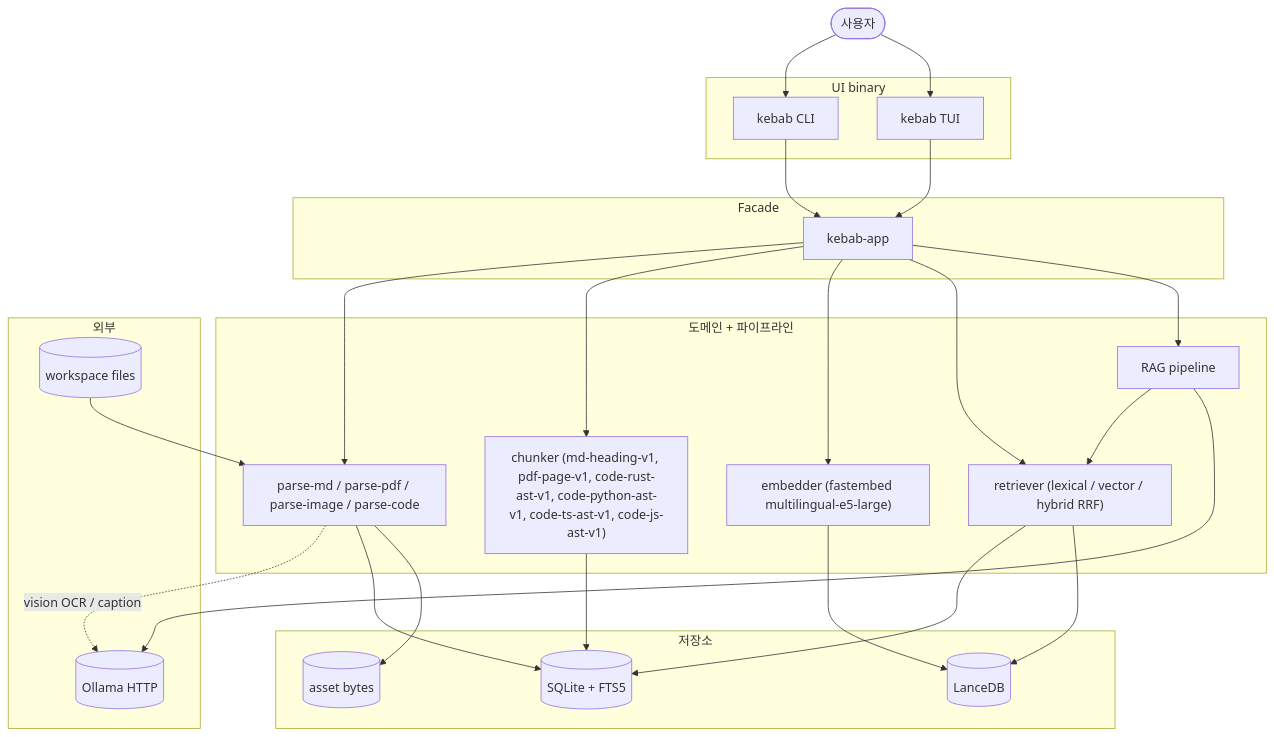
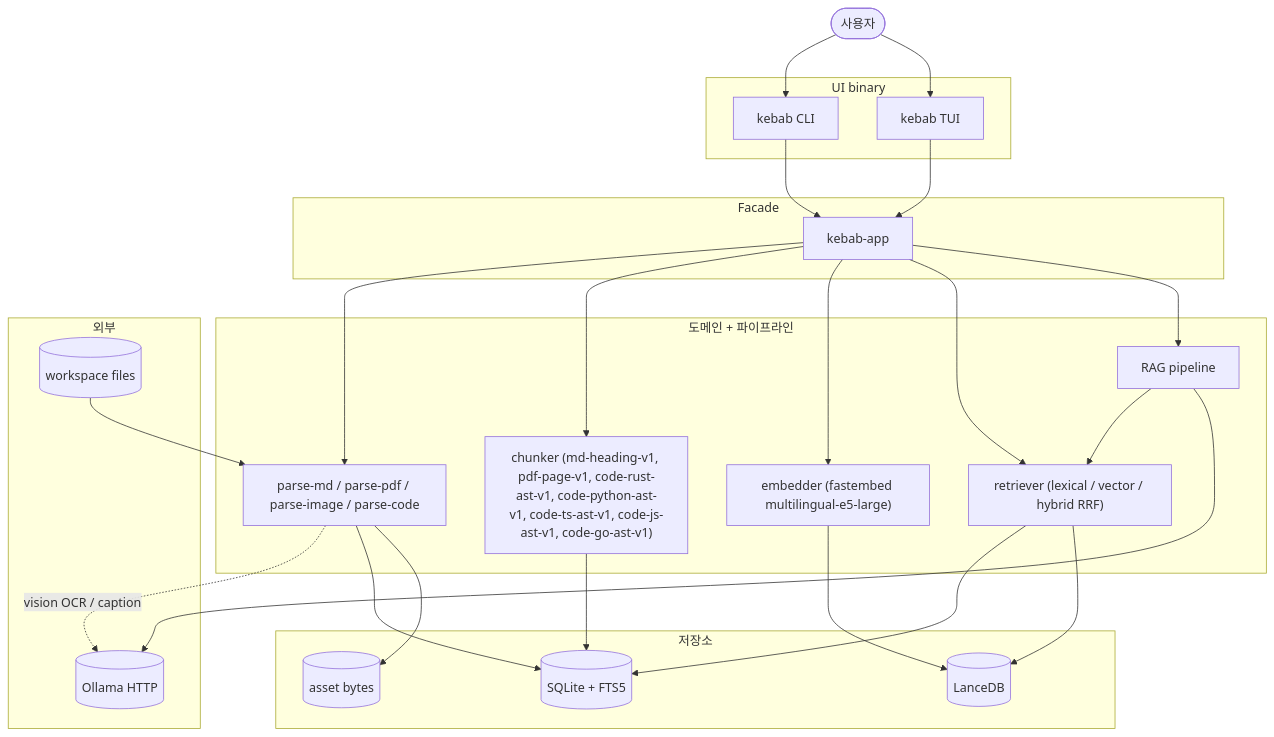
One commit to altair823/kebab changed the diagram in README.md. Above: the diagram before and after it, drawn with Mermaid. The commit also changed other lines of this file and 8 other files, not shown here.

Commit message:
docs(p10-1c-go): README/HANDOFF/ARCHITECTURE/SMOKE/INDEX + design §10.1; chore: bump version 0.11.1 → 0.12.0

````diff
--- a/README.md
+++ b/README.md
@@ -120,56 +120,56 @@
 ```mermaid
 flowchart TB
     user(["사용자"])
 
     subgraph UI["UI binary"]
         cli["kebab CLI"]
         tui["kebab TUI"]
     end
 
     subgraph App["Facade"]
         app["kebab-app"]
     end
 
     subgraph Pipeline["도메인 + 파이프라인"]
         parse["parse-md / parse-pdf / parse-image / parse-code"]
-        chunker["chunker (md-heading-v1, pdf-page-v1, code-rust-ast-v1, code-python-ast-v1, code-ts-ast-v1, code-js-ast-v1)"]
+        chunker["chunker (md-heading-v1, pdf-page-v1, code-rust-ast-v1, code-python-ast-v1, code-ts-ast-v1, code-js-ast-v1, code-go-ast-v1)"]
         embedder["embedder (fastembed multilingual-e5-large)"]
         retriever["retriever (lexical / vector / hybrid RRF)"]
         rag["RAG pipeline"]
     end
 
     subgraph Store["저장소"]
         sqlite[("SQLite + FTS5")]
         lance[("LanceDB")]
         assets[("asset bytes")]
     end
 
     subgraph External["외부"]
         fs[("workspace files")]
         ollama[("Ollama HTTP")]
     end
 
     user --> cli
     user --> tui
     cli --> app
     tui --> app
 
     app --> parse
     app --> chunker
     app --> embedder
     app --> retriever
     app --> rag
 
     fs --> parse
     parse -. vision OCR / caption .-> ollama
     parse --> sqlite
     parse --> assets
 
     chunker --> sqlite
     embedder --> lance
     retriever --> sqlite
     retriever --> lance
 
     rag --> retriever
     rag --> ollama
 ```
````
